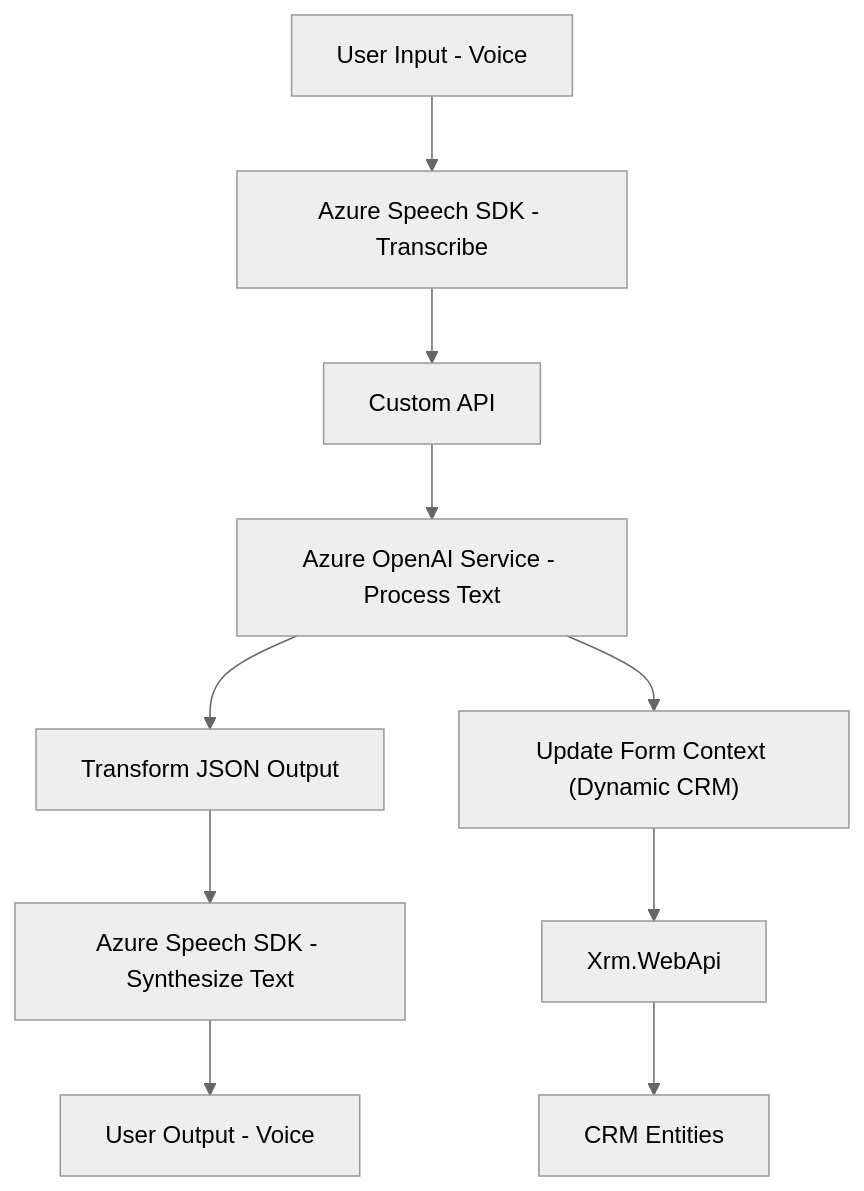
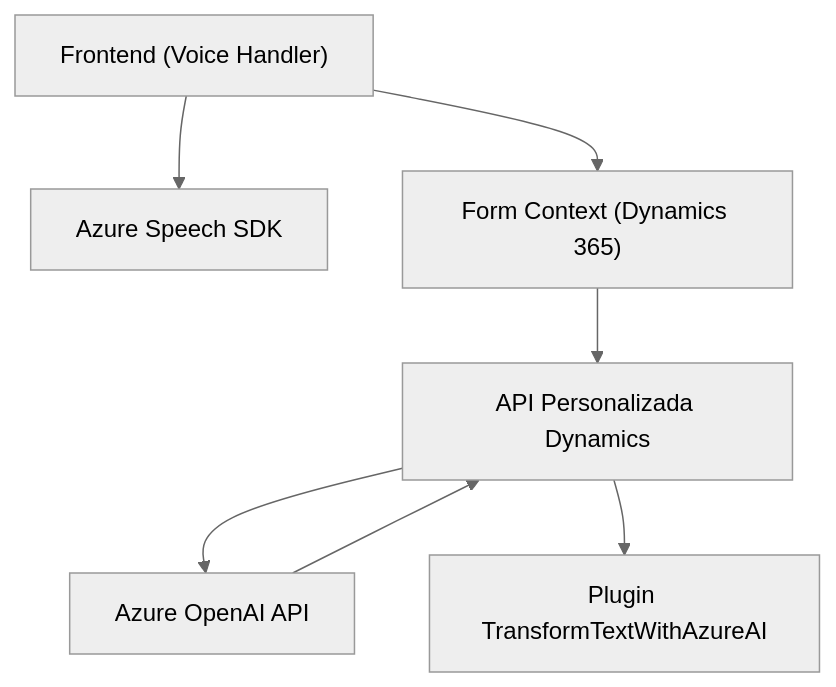
The diagram in README.md (blopezdm/NETCORE_BILBAO2025), drawn with Mermaid (neutral theme) before and after one commit. The commit also changed other lines of this file, not shown here.

````diff
--- a/README.md
+++ b/README.md
@@ -51,13 +46,16 @@
 ```mermaid
 graph TD
-    A["User Input - Voice"] --> B["Azure Speech SDK - Transcribe"]
-    B --> C["Custom API"]
-    C --> D["Azure OpenAI Service - Process Text"]
-    D --> E["Transform JSON Output"]
-    D --> F["Update Form Context (Dynamic CRM)"]
-    F --> G["Xrm.WebApi"]
-    G --> H["CRM Entities"]
-
-    E --> I["Azure Speech SDK - Synthesize Text"]
-    I --> J["User Output - Voice"]
+    A["Frontend (Voice Handler)"]
+    B["Azure Speech SDK"]
+    C["Form Context (Dynamics 365)"]
+    D["API Personalizada Dynamics"]
+    E["Azure OpenAI API"]
+    F["Plugin TransformTextWithAzureAI"]
+    
+    A --> B
+    A --> C
+    C --> D
+    D --> E
+    E --> D
+    D --> F
 ```
````
